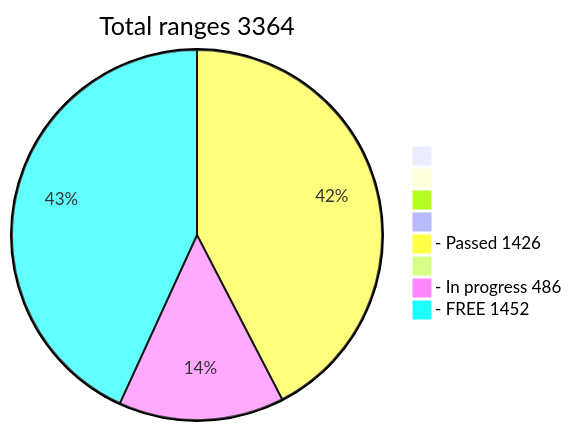
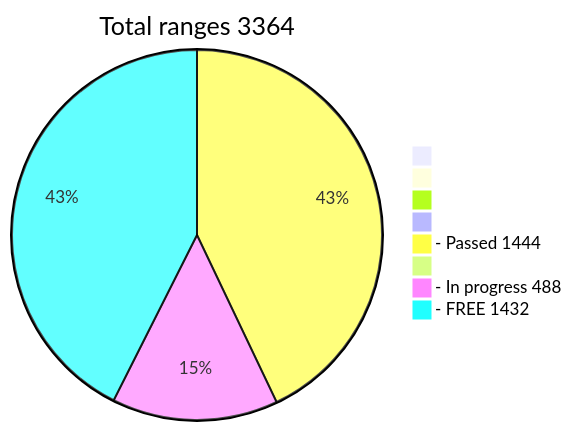
The diagram in README.md (phrutis/wif500), drawn with Mermaid before and after one commit.

````diff
--- a/README.md
+++ b/README.md
@@ -16,12 +16,12 @@
 ```mermaid
 pie title Total ranges 3364
              " " : 0
             "  " : 0
            "   " : 0
           "    " : 0
-  "- Passed 1426" : 1426
+  "- Passed 1444" : 1444
          "     " : 0
-  "- In progress 486" : 486
-   "- FREE 1452" : 1452
+  "- In progress 488" : 488
+   "- FREE 1432" : 1432
    
 ```
````
